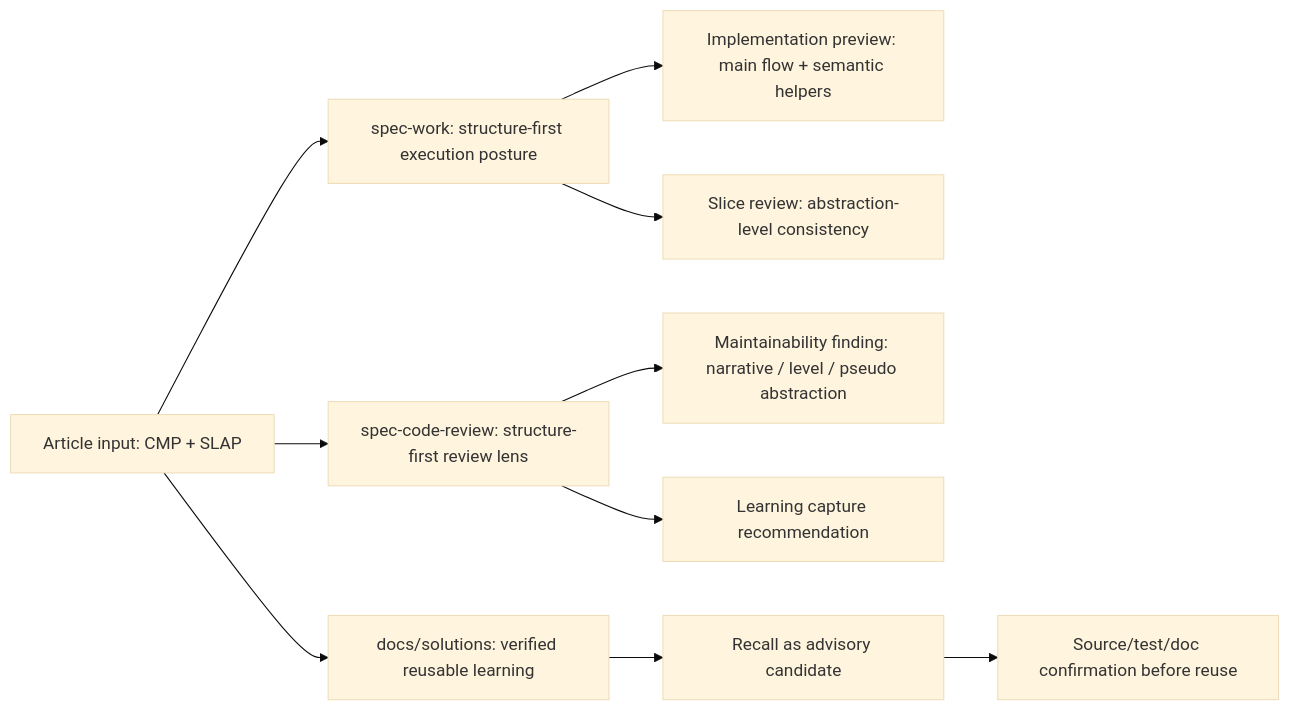
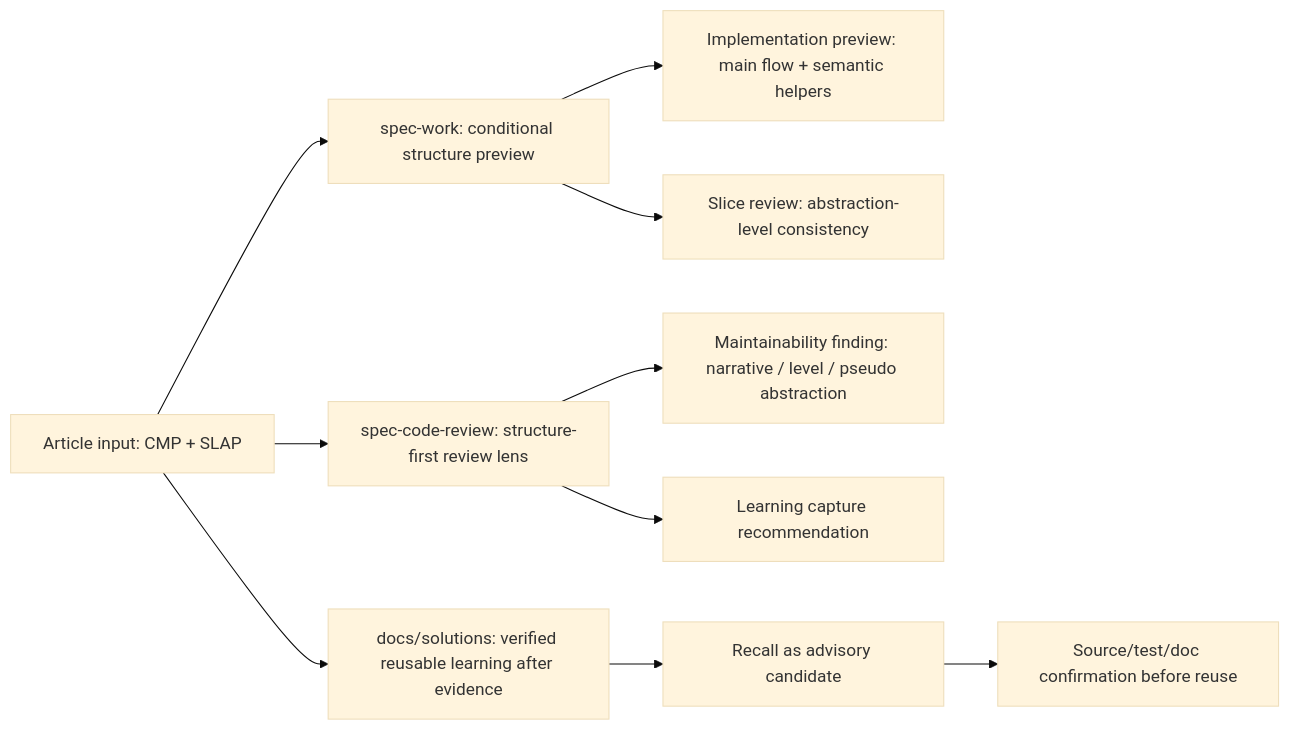
One commit to leo-kuang-ai/spec-first changed the diagram in docs/brainstorms/2026-06-30-002-ai-code-structure-work-review-knowledge-requirements.md. Above: the diagram before and after it, drawn with Mermaid (base theme). The commit also changed other lines of this file and 4 other files, not shown here.

````diff
--- a/docs/brainstorms/2026-06-30-002-ai-code-structure-work-review-knowledge-requirements.md
+++ b/docs/brainstorms/2026-06-30-002-ai-code-structure-work-review-knowledge-requirements.md
@@ -74,14 +77,14 @@
 ```mermaid
 flowchart LR
-  A[Article input: CMP + SLAP] --> B[spec-work: structure-first execution posture]
+  A[Article input: CMP + SLAP] --> B[spec-work: conditional structure preview]
   A --> C[spec-code-review: structure-first review lens]
-  A --> D[docs/solutions: verified reusable learning]
+  A --> D[docs/solutions: verified reusable learning after evidence]
 
   B --> E[Implementation preview: main flow + semantic helpers]
   B --> F[Slice review: abstraction-level consistency]
   C --> G[Maintainability finding: narrative / level / pseudo abstraction]
   C --> H[Learning capture recommendation]
   D --> I[Recall as advisory candidate]
 
   I --> J[Source/test/doc confirmation before reuse]
 ```
````
